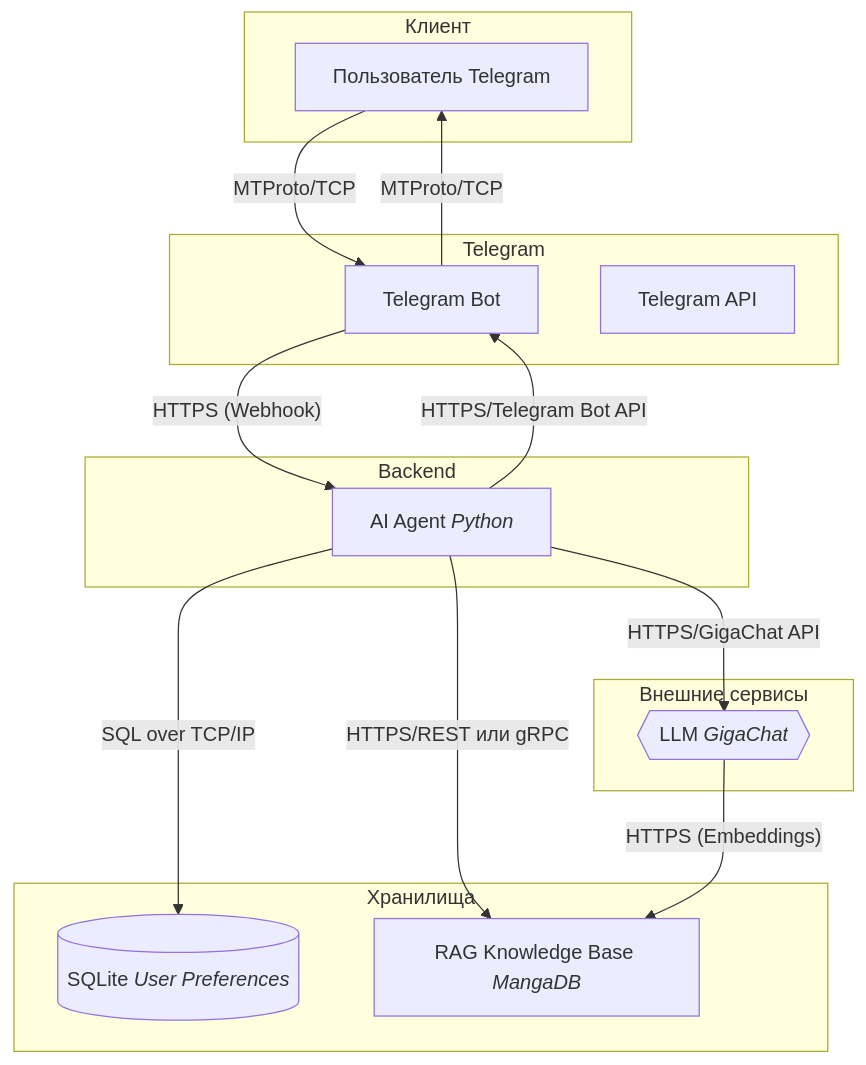
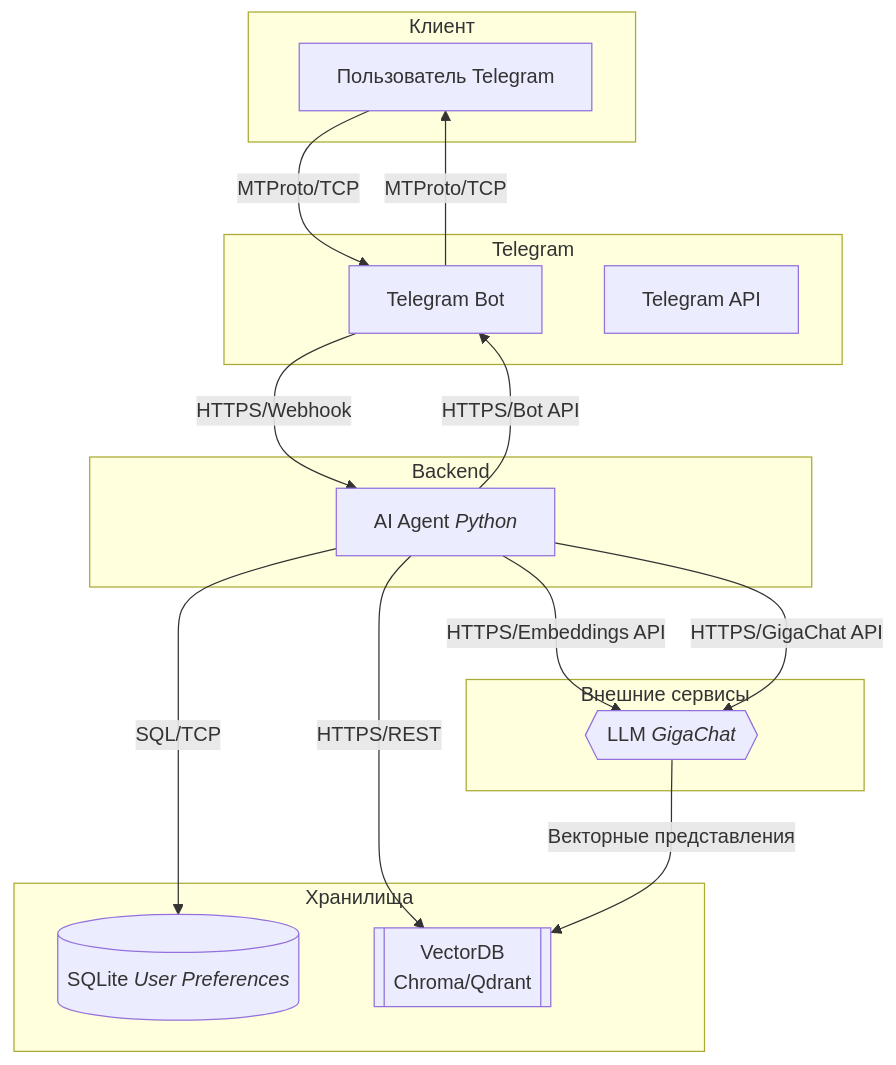
The diagram in README.md (toxicneka/catlover), drawn with Mermaid before and after one commit.

````diff
--- a/README.md
+++ b/README.md
@@ -1,33 +1,34 @@
 ```mermaid
 graph TD
     subgraph "Клиент"
         A[Пользователь Telegram]
     end
 
     subgraph "Telegram"
         B[Telegram Bot]
         I[Telegram API]
     end
 
     subgraph "Backend"
         D[AI Agent <i>Python</i>]
     end
 
     subgraph "Хранилища"
         F[(SQLite <i>User Preferences</i>)]
-        J[RAG Knowledge Base <i>MangaDB</i>]
+        J[["VectorDB <br/>Chroma/Qdrant"]]
     end
 
     subgraph "Внешние сервисы"
         G{{LLM <i>GigaChat</i>}}
     end
 
     A -- "MTProto/TCP" --> B
-    B -- "HTTPS (Webhook)" --> D
-    D -- "SQL over TCP/IP" --> F
-    D -- "HTTPS/REST или gRPC" --> J
+    B -- "HTTPS/Webhook" --> D
+    D -- "SQL/TCP" --> F
+    D -- "HTTPS/REST" --> J
+    D -- "HTTPS/Embeddings API" --> G
     D -- "HTTPS/GigaChat API" --> G
-    G -- "HTTPS (Embeddings)" --> J
-    D -- "HTTPS/Telegram Bot API" --> B
+    G -- "Векторные представления" --> J
+    D -- "HTTPS/Bot API" --> B
     B -- "MTProto/TCP" --> A
 ```
````
